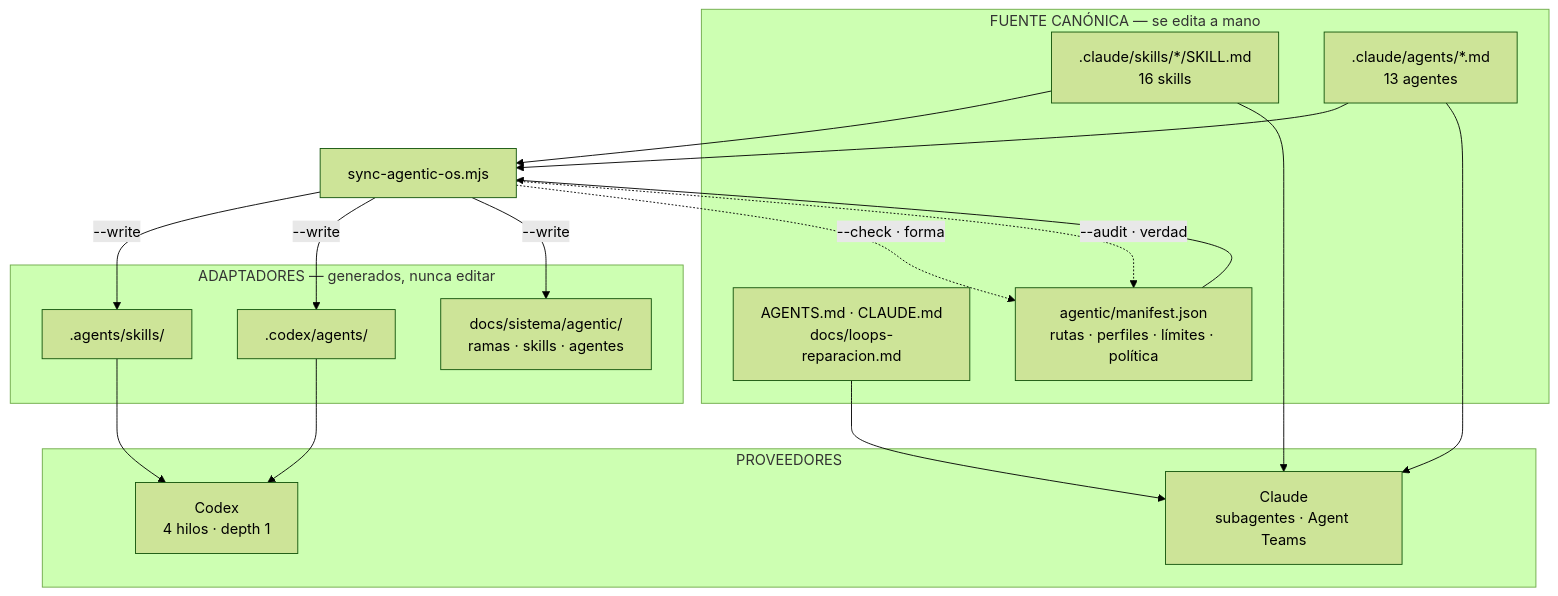
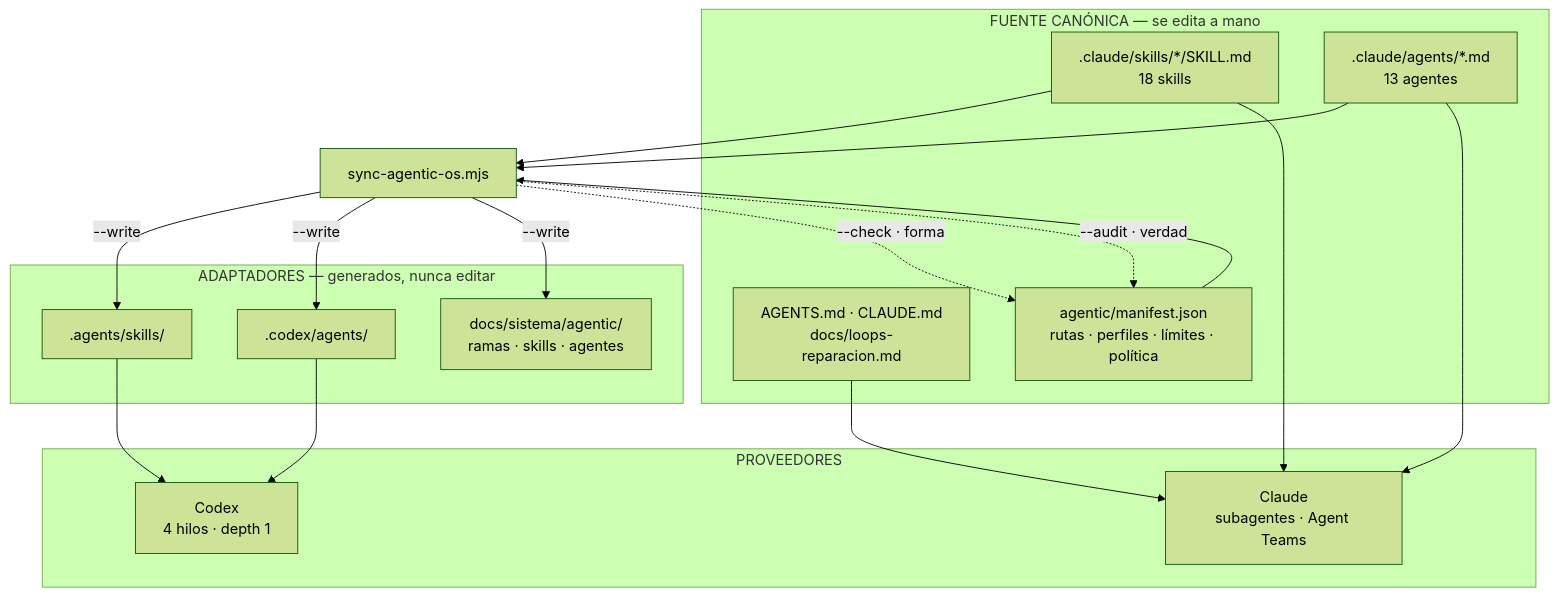
Before and after one commit to GonzaloAlmendariz/prosecnur-app: the first of 2 diagrams in docs/agentic-os.md, drawn with Mermaid (forest theme). The commit also changed other lines of this file and 7 other files, not shown here.

````diff
--- a/docs/agentic-os.md
+++ b/docs/agentic-os.md
@@ -20,32 +20,32 @@
 ```mermaid
 flowchart TB
   subgraph FUENTE["FUENTE CANÓNICA — se edita a mano"]
     I["AGENTS.md · CLAUDE.md<br/>docs/loops-reparacion.md"]
-    S[".claude/skills/*/SKILL.md<br/>16 skills"]
+    S[".claude/skills/*/SKILL.md<br/>18 skills"]
     A[".claude/agents/*.md<br/>13 agentes"]
     M["agentic/manifest.json<br/>rutas · perfiles · límites · política"]
   end
   subgraph GEN["ADAPTADORES — generados, nunca editar"]
     CS[".agents/skills/"]
     CA[".codex/agents/"]
     DG["docs/sistema/agentic/<br/>ramas · skills · agentes"]
   end
   subgraph PROV["PROVEEDORES"]
     CL["Claude<br/>subagentes · Agent Teams"]
     CX["Codex<br/>4 hilos · depth 1"]
   end
   SY["sync-agentic-os.mjs"]
   S --> SY
   A --> SY
   M --> SY
   SY -->|--write| CS
   SY -->|--write| CA
   SY -->|--write| DG
   I --> CL
   S --> CL
   A --> CL
   CS --> CX
   CA --> CX
   SY -.->|--check · forma| M
   SY -.->|--audit · verdad| M
 ```
````
